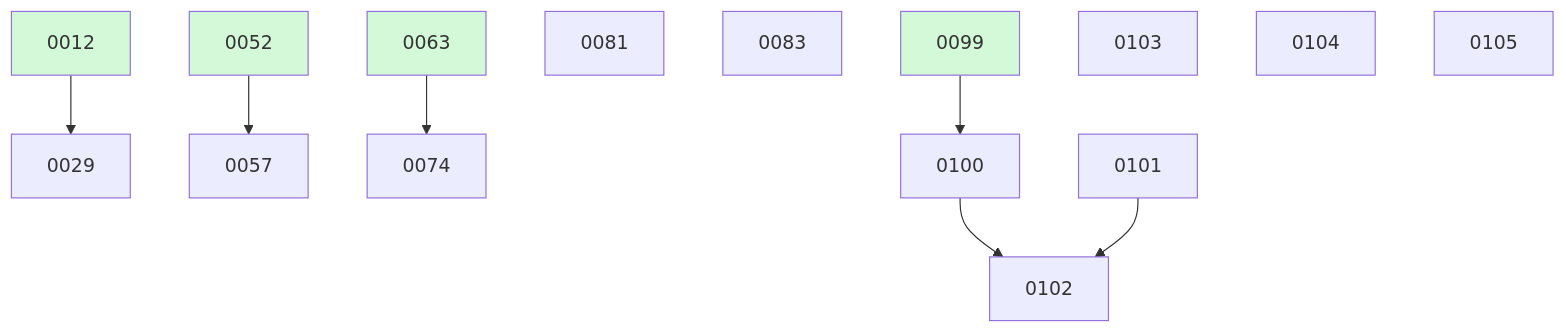
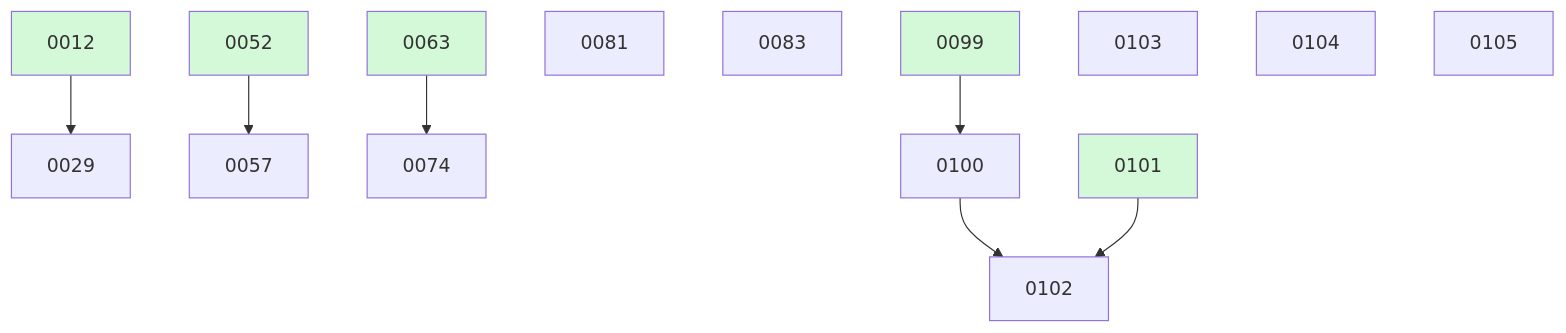
Before and after one commit to ethanhinson/fuse: the diagram in docs/changes/BOARD.md, drawn with Mermaid. The commit also changed other lines of this file and 4 other files, not shown here.

````diff
--- a/docs/changes/BOARD.md
+++ b/docs/changes/BOARD.md
@@ -36,20 +30,20 @@
 ```mermaid
 graph TD
   0012 --> 0029
   0052 --> 0057
   0063 --> 0074
   0081
   0083
   0099 --> 0100
-  0101
   0100 --> 0102
   0101 --> 0102
   0103
   0104
   0105
   0012:::done
   0052:::done
   0063:::done
   0099:::done
+  0101:::done
   classDef done fill:#d3f9d8;
 ```
````
